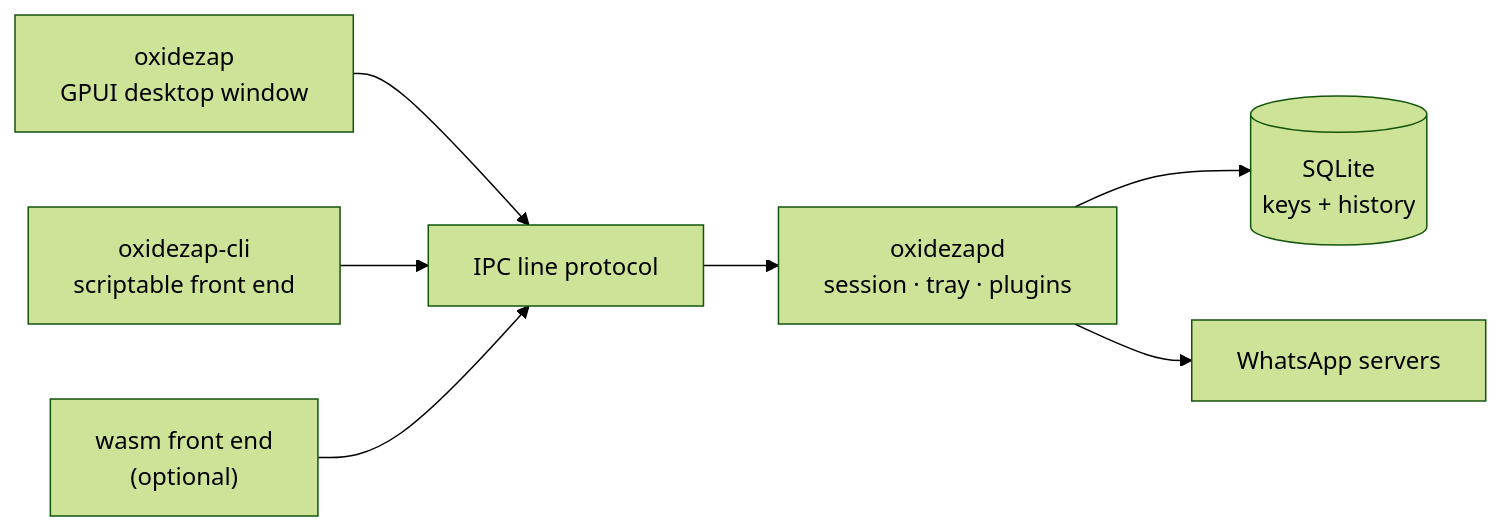
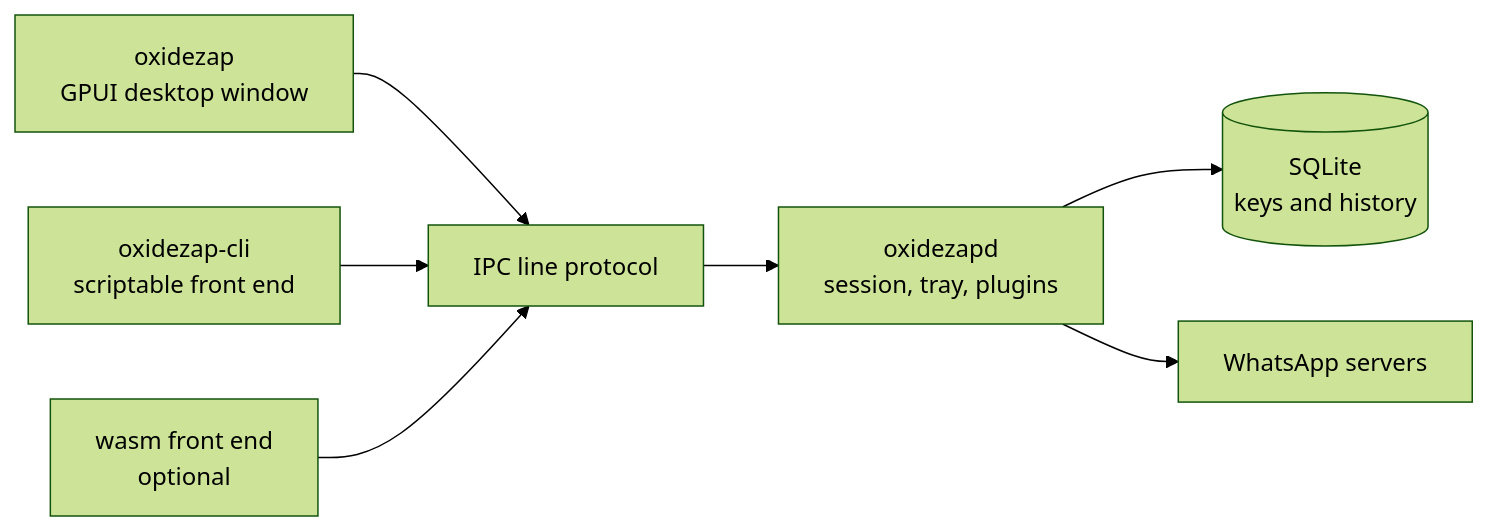
Before and after one commit to DuckB1t/whatsnative: the diagram in README.md, drawn with Mermaid (forest theme). The commit also changed other lines of this file and 36 other files, not shown here.

````diff
--- a/README.md
+++ b/README.md
@@ -88,17 +95,17 @@
 ```mermaid
 flowchart LR
     GUI["oxidezap<br/>GPUI desktop window"]
     CLI["oxidezap-cli<br/>scriptable front end"]
-    WEB["wasm front end<br/>(optional)"]
+    WEB["wasm front end<br/>optional"]
     IPC["IPC line protocol"]
-    DAEMON["oxidezapd<br/>session · tray · plugins"]
-    STORE[("SQLite<br/>keys + history")]
+    DAEMON["oxidezapd<br/>session, tray, plugins"]
+    STORE[("SQLite<br/>keys and history")]
     WA["WhatsApp servers"]
 
     GUI --> IPC
     CLI --> IPC
     WEB --> IPC
     IPC --> DAEMON
     DAEMON --> STORE
     DAEMON --> WA
 ```
````
